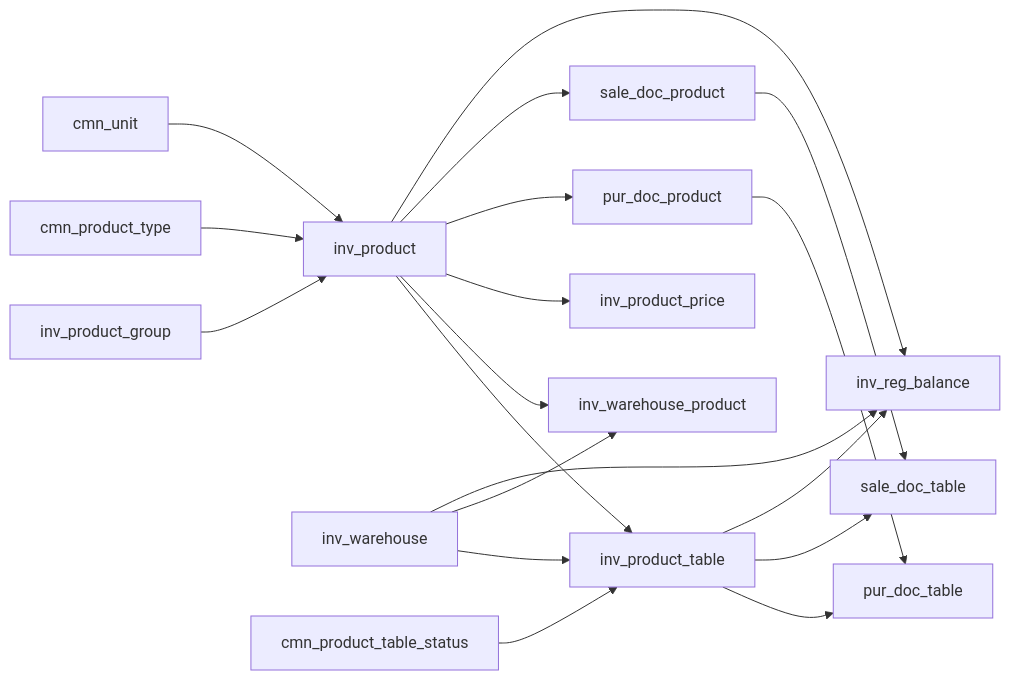
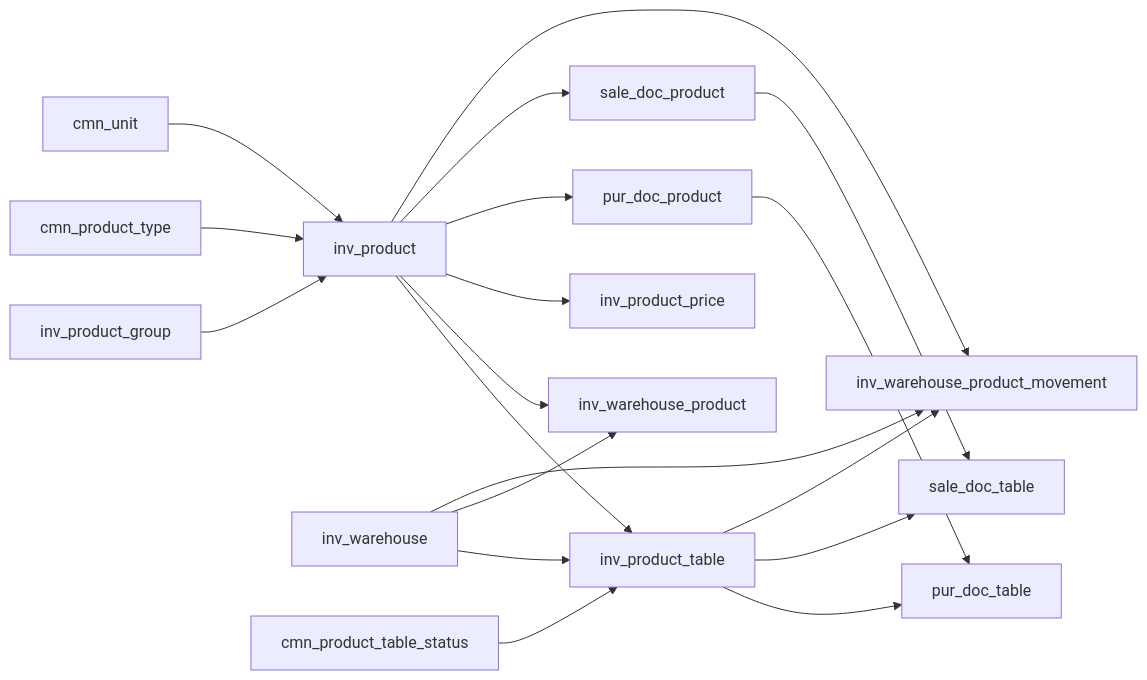
Before and after one commit to dasturchione/AccountingBack: the diagram in docs/product-domain-entities-report.md, drawn with Mermaid. The commit also changed other lines of this file and 65 other files, not shown here.

````diff
--- a/docs/product-domain-entities-report.md
+++ b/docs/product-domain-entities-report.md
@@ -20,26 +20,26 @@
 ```mermaid
 flowchart LR
     ProductGroup["inv_product_group"] --> Product["inv_product"]
     ProductType["cmn_product_type"] --> Product
     Unit["cmn_unit"] --> Product
     Product --> ProductTable["inv_product_table"]
     Warehouse["inv_warehouse"] --> ProductTable
     ProductTableStatus["cmn_product_table_status"] --> ProductTable
 
     Product --> WarehouseProduct["inv_warehouse_product"]
     Warehouse --> WarehouseProduct
 
     Product --> ProductPrice["inv_product_price"]
 
     Product --> PurchaseLine["pur_doc_product"]
     PurchaseLine --> PurchaseItem["pur_doc_table"]
     ProductTable --> PurchaseItem
 
     Product --> SaleLine["sale_doc_product"]
     SaleLine --> SaleItem["sale_doc_table"]
     ProductTable --> SaleItem
 
-    Product --> Register["inv_reg_balance"]
+    Product --> Register["inv_warehouse_product_movement"]
     ProductTable --> Register
     Warehouse --> Register
 ```
````
